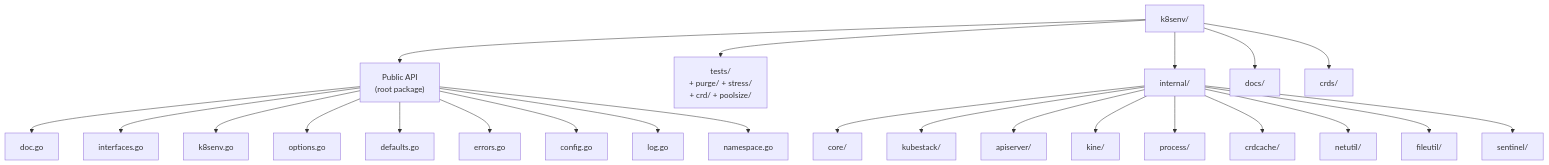
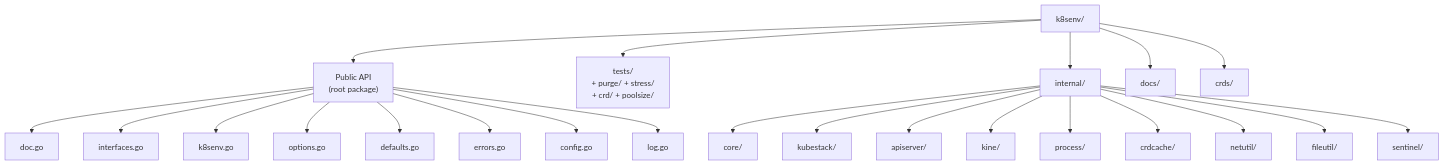
Before and after one commit to giantswarm/k8senv: the diagram in docs/reference/directory-structure.md, drawn with Mermaid. The commit also changed other lines of this file, not shown here.

Commit message:
docs(directory-structure): remove phantom namespace.go from public API
namespace.go was removed from the root package in refactor commit 8eeb4d2
but the directory structure docs were not updated to reflect the removal.

````diff
--- a/docs/reference/directory-structure.md
+++ b/docs/reference/directory-structure.md
@@ -5,28 +5,27 @@
 ```mermaid
 flowchart TD
     Root["k8senv/"] --> Public["Public API\n(root package)"]
     Root --> Tests["tests/\n+ purge/ + stress/\n+ crd/ + poolsize/"]
     Root --> Internal["internal/"]
     Root --> Docs["docs/"]
     Root --> CRDs["crds/"]
 
     Public --> doc["doc.go"]
     Public --> ifaces["interfaces.go"]
     Public --> factory["k8senv.go"]
     Public --> opts["options.go"]
     Public --> defs["defaults.go"]
     Public --> errs["errors.go"]
     Public --> cfg["config.go"]
     Public --> log["log.go"]
-    Public --> ns["namespace.go"]
 
     Internal --> Core["core/"]
     Internal --> KubeStack["kubestack/"]
     Internal --> APIServerPkg["apiserver/"]
     Internal --> KinePkg["kine/"]
     Internal --> Process["process/"]
     Internal --> CRDCachePkg["crdcache/"]
     Internal --> NetUtil["netutil/"]
     Internal --> FileUtil["fileutil/"]
     Internal --> Sentinel["sentinel/"]
 ```
````
